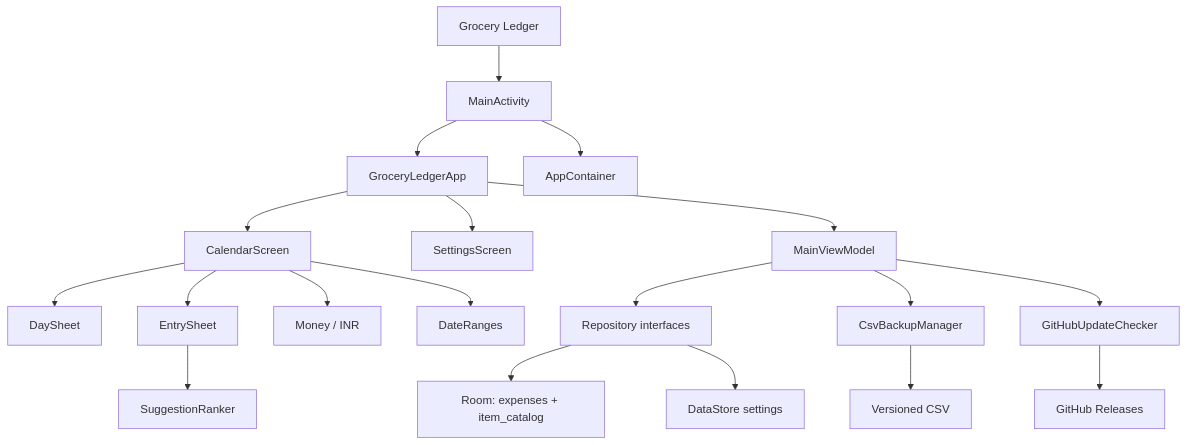
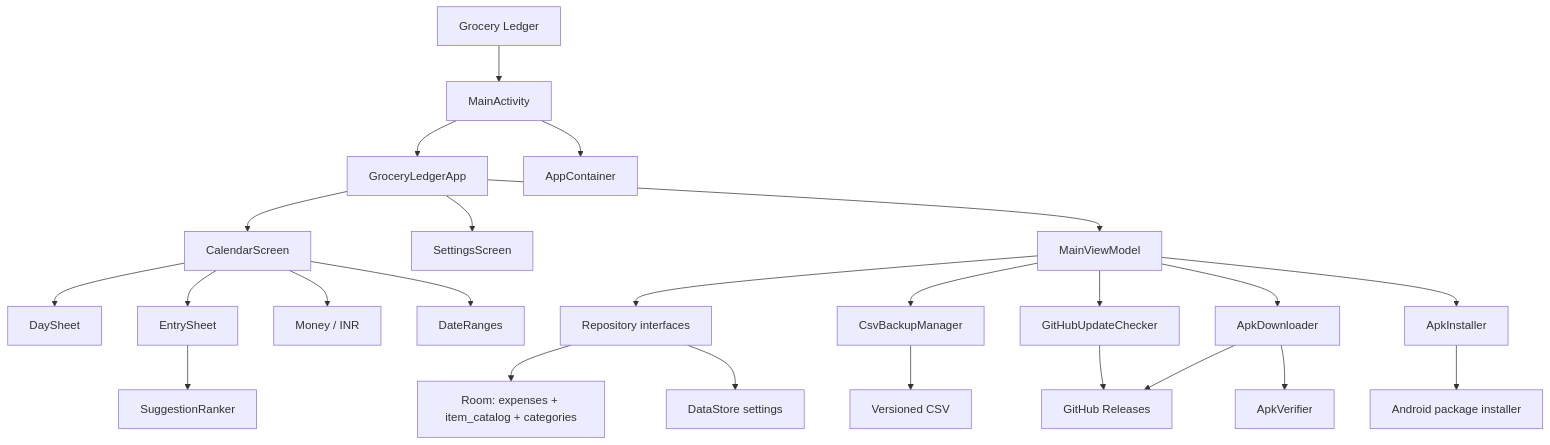
One commit to chethankumarsk/personal_grocery_cost_tracker_phone_app changed the diagram in docs/KNOWLEDGE_GRAPH.md. Above: the diagram before and after it, drawn with Mermaid. The commit also changed other lines of this file and 41 other files, not shown here.

````diff
--- a/docs/KNOWLEDGE_GRAPH.md
+++ b/docs/KNOWLEDGE_GRAPH.md
@@ -36,27 +36,32 @@
 ```mermaid
 flowchart TD
     App[Grocery Ledger]
 
     App --> Activity[MainActivity]
     Activity --> Root[GroceryLedgerApp]
     Activity --> Container[AppContainer]
 
     Root --> Calendar[CalendarScreen]
     Root --> Settings[SettingsScreen]
     Calendar --> Day[DaySheet]
     Calendar --> Entry[EntrySheet]
     Root --> VM[MainViewModel]
 
     VM --> Repo[Repository interfaces]
     VM --> Backup[CsvBackupManager]
     VM --> Update[GitHubUpdateChecker]
+    VM --> Downloader[ApkDownloader]
+    VM --> Installer[ApkInstaller]
 
-    Repo --> Room[Room: expenses + item_catalog]
+    Repo --> Room[Room: expenses + item_catalog + categories]
     Repo --> DataStore[DataStore settings]
     Backup --> CSV[Versioned CSV]
     Update --> GH[GitHub Releases]
+    Downloader --> GH
+    Downloader --> Verifier[ApkVerifier]
+    Installer --> Android[Android package installer]
 
     Calendar --> Money[Money / INR]
     Calendar --> Dates[DateRanges]
     Entry --> Ranker[SuggestionRanker]
 ```
````
